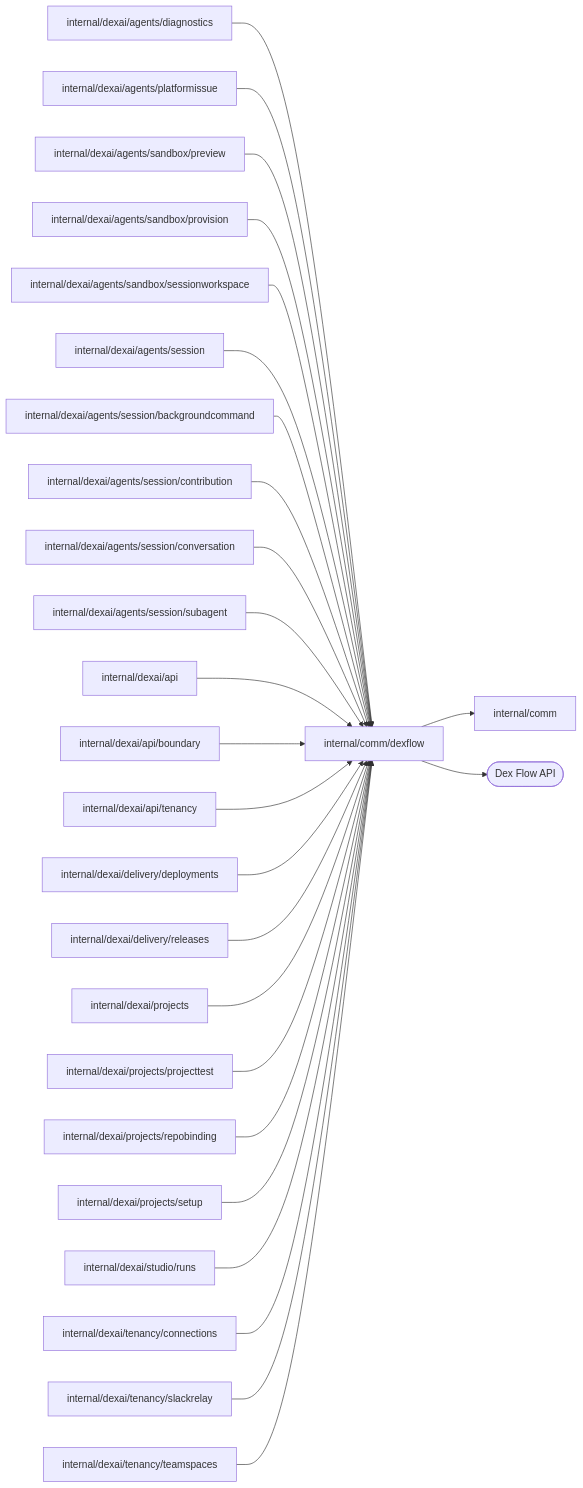
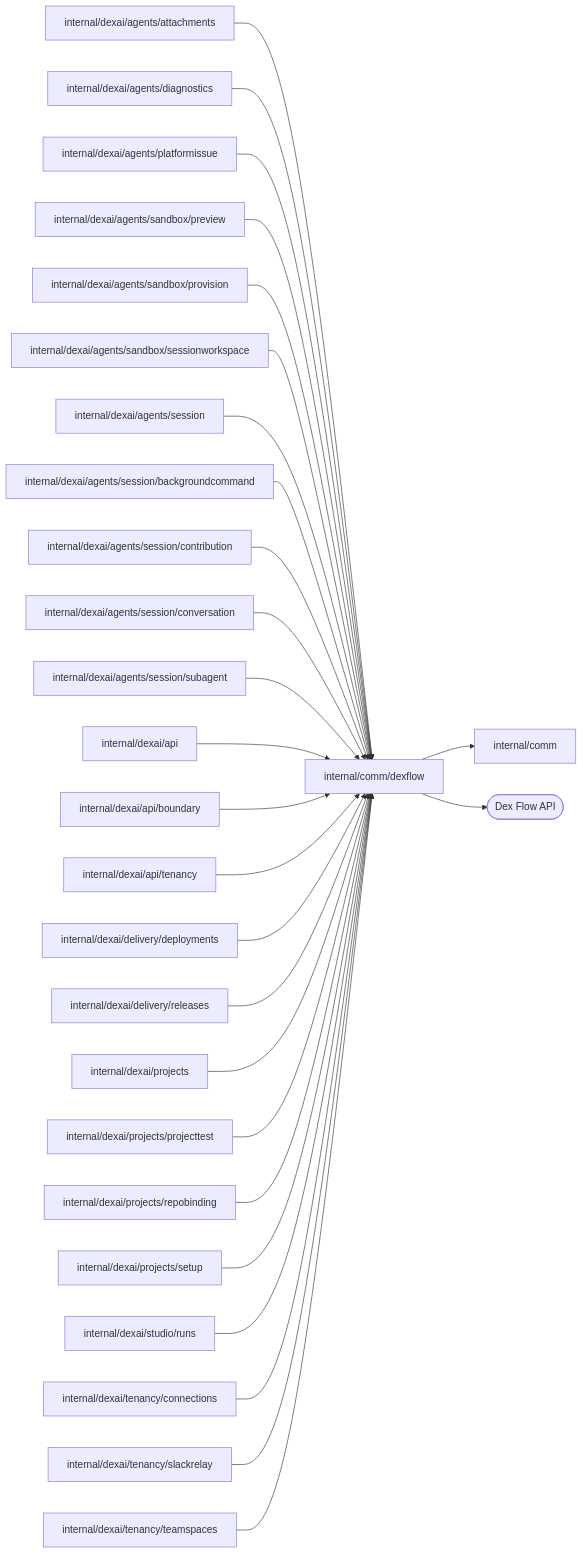
The diagram in internal/comm/dexflow/README.md (superdurable/superverse), drawn with Mermaid before and after one commit. The commit also changed other lines of this file and 259 other files, not shown here.

````diff
--- a/internal/comm/dexflow/README.md
+++ b/internal/comm/dexflow/README.md
@@ -10,29 +10,30 @@
 ```mermaid
 flowchart LR
   self["internal/comm/dexflow"]
-  c0["internal/dexai/agents/diagnostics"] --> self
-  c1["internal/dexai/agents/platformissue"] --> self
-  c2["internal/dexai/agents/sandbox/preview"] --> self
-  c3["internal/dexai/agents/sandbox/provision"] --> self
-  c4["internal/dexai/agents/sandbox/sessionworkspace"] --> self
-  c5["internal/dexai/agents/session"] --> self
-  c6["internal/dexai/agents/session/backgroundcommand"] --> self
-  c7["internal/dexai/agents/session/contribution"] --> self
-  c8["internal/dexai/agents/session/conversation"] --> self
-  c9["internal/dexai/agents/session/subagent"] --> self
-  c10["internal/dexai/api"] --> self
-  c11["internal/dexai/api/boundary"] --> self
-  c12["internal/dexai/api/tenancy"] --> self
-  c13["internal/dexai/delivery/deployments"] --> self
-  c14["internal/dexai/delivery/releases"] --> self
-  c15["internal/dexai/projects"] --> self
-  c16["internal/dexai/projects/projecttest"] --> self
-  c17["internal/dexai/projects/repobinding"] --> self
-  c18["internal/dexai/projects/setup"] --> self
-  c19["internal/dexai/studio/runs"] --> self
-  c20["internal/dexai/tenancy/connections"] --> self
-  c21["internal/dexai/tenancy/slackrelay"] --> self
-  c22["internal/dexai/tenancy/teamspaces"] --> self
+  c0["internal/dexai/agents/attachments"] --> self
+  c1["internal/dexai/agents/diagnostics"] --> self
+  c2["internal/dexai/agents/platformissue"] --> self
+  c3["internal/dexai/agents/sandbox/preview"] --> self
+  c4["internal/dexai/agents/sandbox/provision"] --> self
+  c5["internal/dexai/agents/sandbox/sessionworkspace"] --> self
+  c6["internal/dexai/agents/session"] --> self
+  c7["internal/dexai/agents/session/backgroundcommand"] --> self
+  c8["internal/dexai/agents/session/contribution"] --> self
+  c9["internal/dexai/agents/session/conversation"] --> self
+  c10["internal/dexai/agents/session/subagent"] --> self
+  c11["internal/dexai/api"] --> self
+  c12["internal/dexai/api/boundary"] --> self
+  c13["internal/dexai/api/tenancy"] --> self
+  c14["internal/dexai/delivery/deployments"] --> self
+  c15["internal/dexai/delivery/releases"] --> self
+  c16["internal/dexai/projects"] --> self
+  c17["internal/dexai/projects/projecttest"] --> self
+  c18["internal/dexai/projects/repobinding"] --> self
+  c19["internal/dexai/projects/setup"] --> self
+  c20["internal/dexai/studio/runs"] --> self
+  c21["internal/dexai/tenancy/connections"] --> self
+  c22["internal/dexai/tenancy/slackrelay"] --> self
+  c23["internal/dexai/tenancy/teamspaces"] --> self
   self --> d0["internal/comm"]
   self --> e0(["Dex Flow API"])
 ```
````
